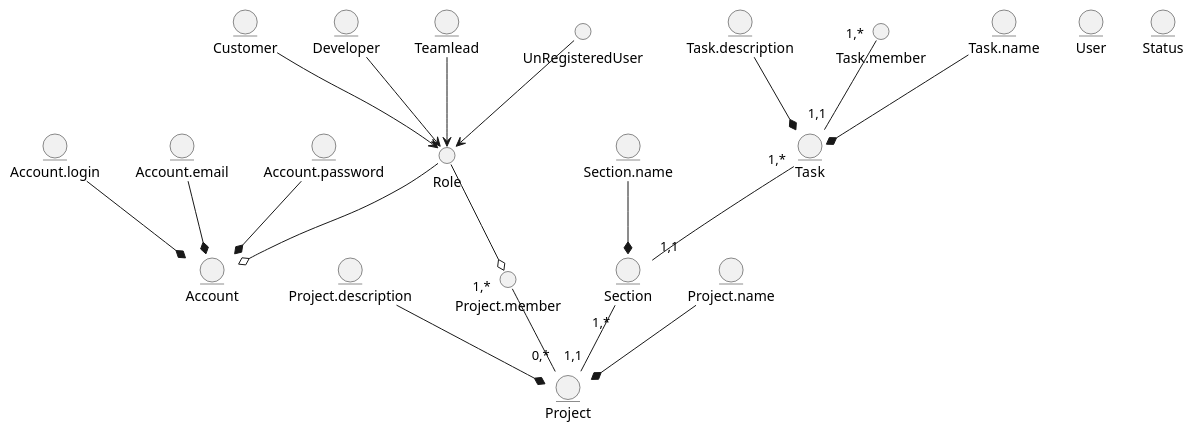
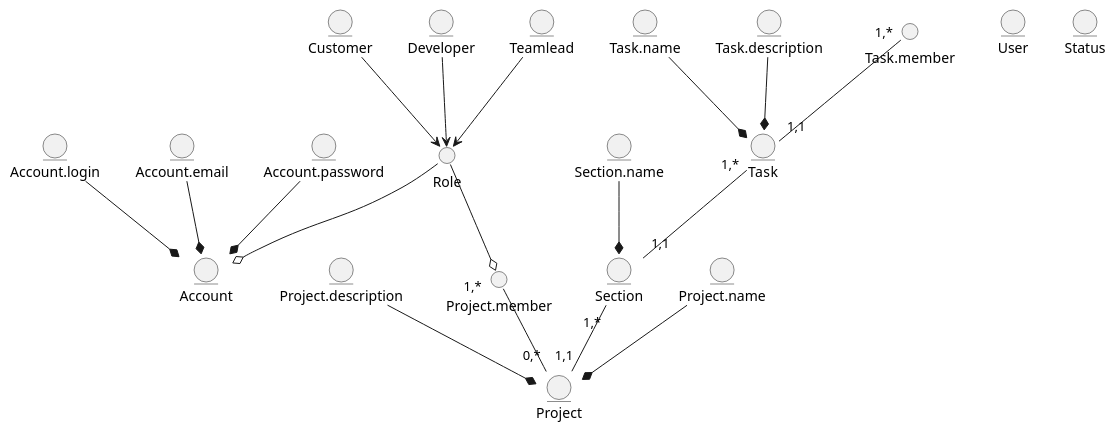
Before and after one commit to boldak/edu-db-cw: the diagram in docs/design/README.md, drawn with PlantUML.

Commit message:
removed unnecessary unregistered user class (?)

```diff
--- a/docs/design/README.md
+++ b/docs/design/README.md
@@ -12,50 +12,49 @@
 @startuml
 
     entity Account
     entity Account.login
     entity Account.email
     entity Account.password
 
     entity User
     entity Customer
     entity Developer
     entity Teamlead
 
     entity Status
 
     entity Project
     entity Project.name
     entity Project.description
 
     entity Section
     entity Section.name
 
     entity Task
     entity Task.name
     entity Task.description
 
     Account.login --* Account
     Account.email --*  Account
     Account.password --*  Account
     Role  --o  Account
 
     Customer --> Role  
     Developer --> Role 
     Teamlead  --> Role 
-    UnRegisteredUser  --> Role
 
     Role --o  Project.member
     
     Project.name --*  Project
     Project.description --*  Project
     Project.member "1,*" -- "0,*" Project
     Section "1,*" -- "1,1" Project
     
     Section.name --* Section
     Task "1,*"  -- "1,1" Section
     
     Task.name --* Task
     Task.description --* Task
     Task.member "1,*" -- "1,1" Task
 
 @enduml
```
